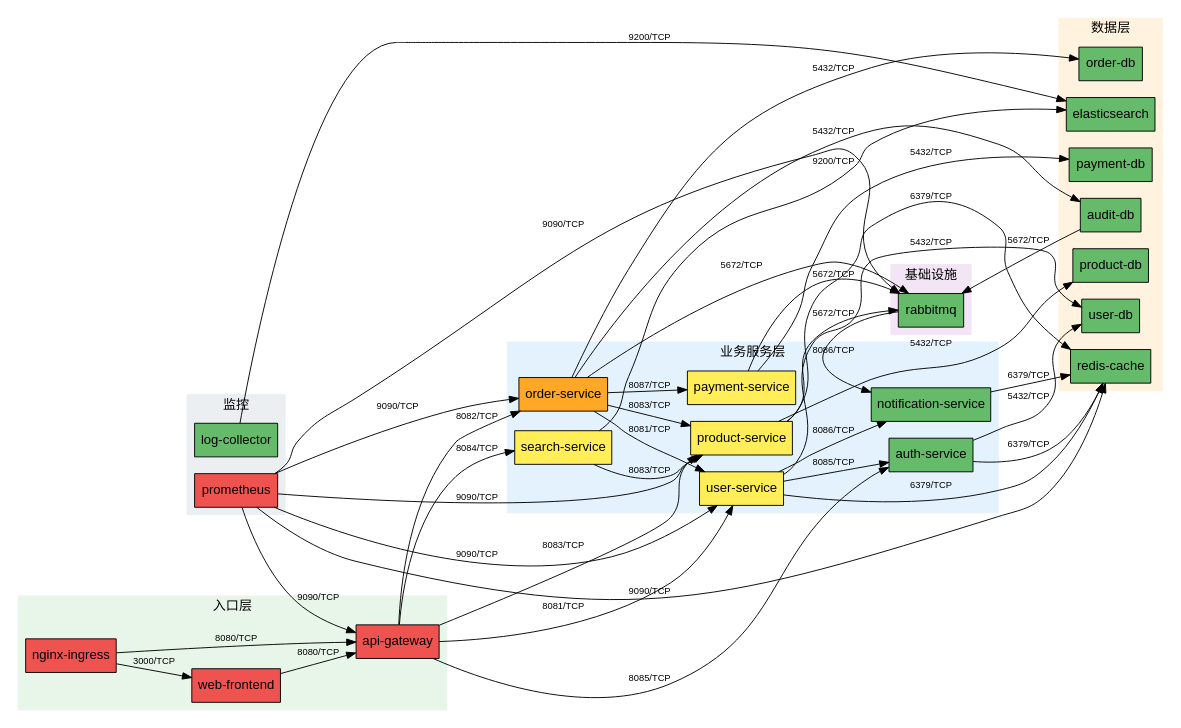
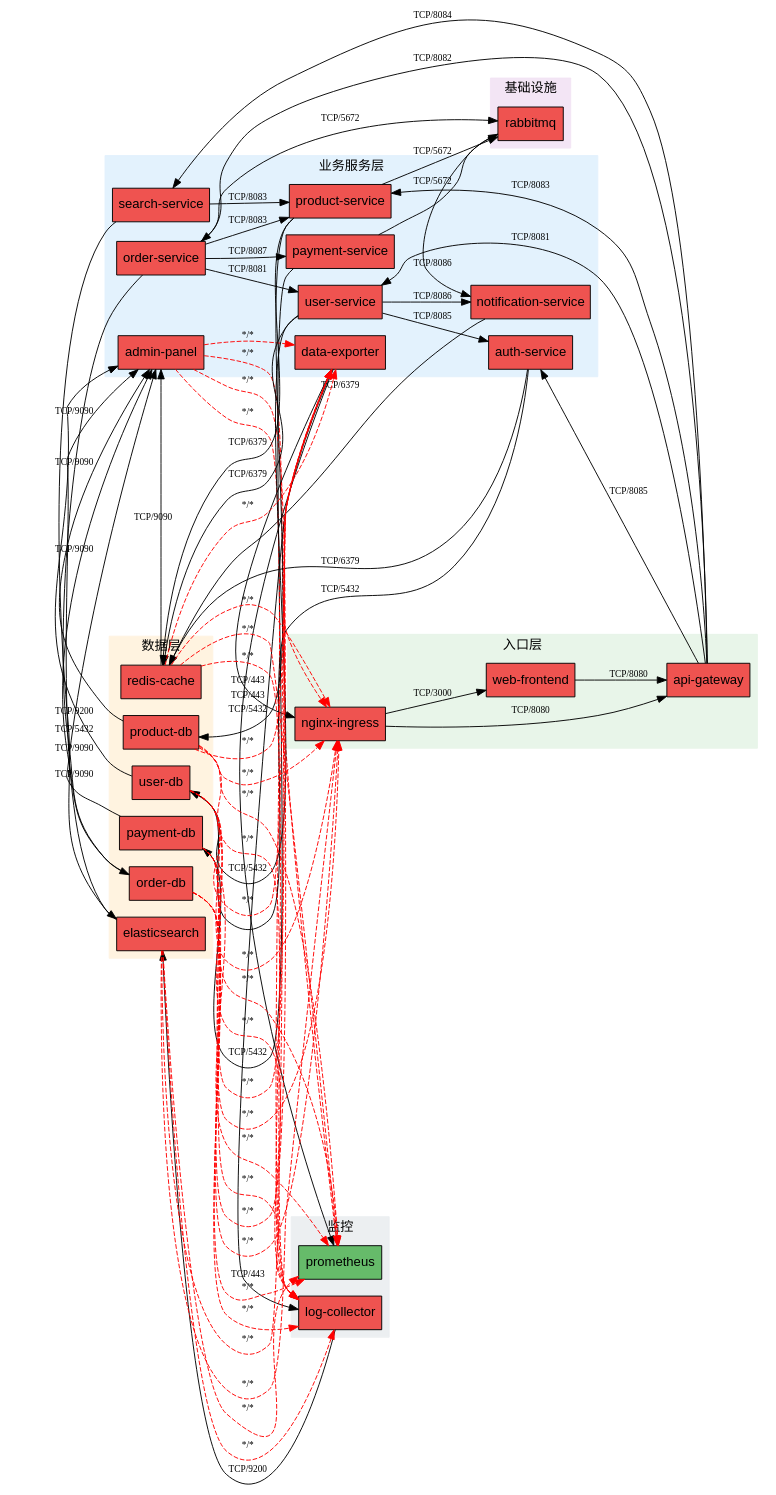
Before and after one commit to Rhyin0/k8s-netpol-analyzer: the diagram in network-topology.dot, drawn with Graphviz. The commit also changed 3 other files, not shown here.

```diff
--- a/network-topology.dot
+++ b/network-topology.dot
@@ -1,93 +1,123 @@
 digraph K8sNetworkPolicy {
   rankdir=LR;
   node [shape=box, style=filled, fontname="Arial"];
-  edge [fontname="Arial", fontsize=10];
+  edge [fontname="Microsoft YaHei", fontsize=10];
 
   subgraph cluster_0 {
-    label="业务服务层";
+    label="基础设施";
     style=filled;
-    color="#E3F2FD";
-    "notification-service" [fillcolor="#66BB6A"];
-    "payment-service" [fillcolor="#FFEE58"];
-    "auth-service" [fillcolor="#66BB6A"];
-    "order-service" [fillcolor="#FFA726"];
-    "product-service" [fillcolor="#FFEE58"];
-    "user-service" [fillcolor="#FFEE58"];
-    "search-service" [fillcolor="#FFEE58"];
+    color="#F3E5F5";
+    "rabbitmq" [fillcolor="#EF5350"];
   }
 
   subgraph cluster_1 {
-    label="数据层";
+    label="监控";
     style=filled;
-    color="#FFF3E0";
-    "elasticsearch" [fillcolor="#66BB6A"];
-    "order-db" [fillcolor="#66BB6A"];
-    "payment-db" [fillcolor="#66BB6A"];
-    "audit-db" [fillcolor="#66BB6A"];
-    "redis-cache" [fillcolor="#66BB6A"];
-    "product-db" [fillcolor="#66BB6A"];
-    "user-db" [fillcolor="#66BB6A"];
+    color="#ECEFF1";
+    "log-collector" [fillcolor="#EF5350"];
+    "prometheus" [fillcolor="#66BB6A"];
   }
 
   subgraph cluster_2 {
-    label="基础设施";
-    style=filled;
-    color="#F3E5F5";
-    "rabbitmq" [fillcolor="#66BB6A"];
-  }
-
-  subgraph cluster_3 {
-    label="监控";
-    style=filled;
-    color="#ECEFF1";
-    "log-collector" [fillcolor="#66BB6A"];
-    "prometheus" [fillcolor="#EF5350"];
-  }
-
-  subgraph cluster_4 {
     label="入口层";
     style=filled;
     color="#E8F5E9";
     "nginx-ingress" [fillcolor="#EF5350"];
+    "web-frontend" [fillcolor="#EF5350"];
     "api-gateway" [fillcolor="#EF5350"];
-    "web-frontend" [fillcolor="#EF5350"];
   }
 
-  "nginx-ingress" -> "web-frontend" [label="3000/TCP"];
-  "nginx-ingress" -> "api-gateway" [label="8080/TCP"];
-  "web-frontend" -> "api-gateway" [label="8080/TCP"];
-  "api-gateway" -> "user-service" [label="8081/TCP"];
-  "api-gateway" -> "order-service" [label="8082/TCP"];
-  "api-gateway" -> "product-service" [label="8083/TCP"];
-  "api-gateway" -> "search-service" [label="8084/TCP"];
-  "api-gateway" -> "auth-service" [label="8085/TCP"];
-  "user-service" -> "auth-service" [label="8085/TCP"];
-  "auth-service" -> "redis-cache" [label="6379/TCP"];
-  "auth-service" -> "user-db" [label="5432/TCP"];
-  "order-service" -> "user-service" [label="8081/TCP"];
-  "user-service" -> "user-db" [label="5432/TCP"];
-  "user-service" -> "redis-cache" [label="6379/TCP"];
-  "user-service" -> "notification-service" [label="8086/TCP"];
-  "order-service" -> "order-db" [label="5432/TCP"];
-  "order-service" -> "product-service" [label="8083/TCP"];
-  "order-service" -> "payment-service" [label="8087/TCP"];
-  "order-service" -> "rabbitmq" [label="5672/TCP"];
-  "search-service" -> "product-service" [label="8083/TCP"];
-  "product-service" -> "product-db" [label="5432/TCP"];
-  "product-service" -> "redis-cache" [label="6379/TCP"];
-  "product-service" -> "rabbitmq" [label="5672/TCP"];
-  "search-service" -> "elasticsearch" [label="9200/TCP"];
-  "payment-service" -> "payment-db" [label="5432/TCP"];
-  "payment-service" -> "rabbitmq" [label="5672/TCP"];
-  "rabbitmq" -> "notification-service" [label="8086/TCP"];
-  "notification-service" -> "redis-cache" [label="6379/TCP"];
-  "log-collector" -> "elasticsearch" [label="9200/TCP"];
-  "prometheus" -> "api-gateway" [label="9090/TCP"];
-  "prometheus" -> "user-service" [label="9090/TCP"];
-  "prometheus" -> "order-service" [label="9090/TCP"];
-  "prometheus" -> "product-service" [label="9090/TCP"];
-  "prometheus" -> "rabbitmq" [label="9090/TCP"];
-  "prometheus" -> "redis-cache" [label="9090/TCP"];
-  "order-service" -> "audit-db" [label="5432/TCP"];
-  "audit-db" -> "rabbitmq" [label="5672/TCP"];
+  subgraph cluster_3 {
+    label="业务服务层";
+    style=filled;
+    color="#E3F2FD";
+    "payment-service" [fillcolor="#EF5350"];
+    "admin-panel" [fillcolor="#EF5350"];
+    "data-exporter" [fillcolor="#EF5350"];
+    "order-service" [fillcolor="#EF5350"];
+    "auth-service" [fillcolor="#EF5350"];
+    "product-service" [fillcolor="#EF5350"];
+    "user-service" [fillcolor="#EF5350"];
+    "notification-service" [fillcolor="#EF5350"];
+    "search-service" [fillcolor="#EF5350"];
+  }
+
+  subgraph cluster_4 {
+    label="数据层";
+    style=filled;
+    color="#FFF3E0";
+    "redis-cache" [fillcolor="#EF5350"];
+    "user-db" [fillcolor="#EF5350"];
+    "payment-db" [fillcolor="#EF5350"];
+    "elasticsearch" [fillcolor="#EF5350"];
+    "order-db" [fillcolor="#EF5350"];
+    "product-db" [fillcolor="#EF5350"];
+  }
+
+  "admin-panel" -> "data-exporter" [label="*/*", style=dashed, color=red];
+  "admin-panel" -> "log-collector" [label="*/*", style=dashed, color=red];
+  "admin-panel" -> "nginx-ingress" [label="*/*", style=dashed, color=red];
+  "admin-panel" -> "prometheus" [label="*/*", style=dashed, color=red];
+  "api-gateway" -> "auth-service" [label="TCP/8085"];
+  "api-gateway" -> "order-service" [label="TCP/8082"];
+  "api-gateway" -> "product-service" [label="TCP/8083"];
+  "api-gateway" -> "search-service" [label="TCP/8084"];
+  "api-gateway" -> "user-service" [label="TCP/8081"];
+  "auth-service" -> "redis-cache" [label="TCP/6379"];
+  "auth-service" -> "user-db" [label="TCP/5432"];
+  "data-exporter" -> "log-collector" [label="TCP/443"];
+  "data-exporter" -> "nginx-ingress" [label="TCP/443"];
+  "data-exporter" -> "prometheus" [label="TCP/443"];
+  "elasticsearch" -> "admin-panel" [label="TCP/9090"];
+  "elasticsearch" -> "data-exporter" [label="*/*", style=dashed, color=red];
+  "elasticsearch" -> "log-collector" [label="*/*", style=dashed, color=red];
+  "elasticsearch" -> "nginx-ingress" [label="*/*", style=dashed, color=red];
+  "elasticsearch" -> "prometheus" [label="*/*", style=dashed, color=red];
+  "log-collector" -> "elasticsearch" [label="TCP/9200"];
+  "nginx-ingress" -> "api-gateway" [label="TCP/8080"];
+  "nginx-ingress" -> "web-frontend" [label="TCP/3000"];
+  "notification-service" -> "redis-cache" [label="TCP/6379"];
+  "order-db" -> "admin-panel" [label="TCP/9090"];
+  "order-db" -> "data-exporter" [label="*/*", style=dashed, color=red];
+  "order-db" -> "log-collector" [label="*/*", style=dashed, color=red];
+  "order-db" -> "nginx-ingress" [label="*/*", style=dashed, color=red];
+  "order-db" -> "prometheus" [label="*/*", style=dashed, color=red];
+  "order-service" -> "order-db" [label="TCP/5432"];
+  "order-service" -> "payment-service" [label="TCP/8087"];
+  "order-service" -> "product-service" [label="TCP/8083"];
+  "order-service" -> "rabbitmq" [label="TCP/5672"];
+  "order-service" -> "user-service" [label="TCP/8081"];
+  "payment-db" -> "admin-panel" [label="TCP/9090"];
+  "payment-db" -> "data-exporter" [label="*/*", style=dashed, color=red];
+  "payment-db" -> "log-collector" [label="*/*", style=dashed, color=red];
+  "payment-db" -> "nginx-ingress" [label="*/*", style=dashed, color=red];
+  "payment-db" -> "prometheus" [label="*/*", style=dashed, color=red];
+  "payment-service" -> "payment-db" [label="TCP/5432"];
+  "payment-service" -> "rabbitmq" [label="TCP/5672"];
+  "product-db" -> "admin-panel" [label="TCP/9090"];
+  "product-db" -> "data-exporter" [label="*/*", style=dashed, color=red];
+  "product-db" -> "log-collector" [label="*/*", style=dashed, color=red];
+  "product-db" -> "nginx-ingress" [label="*/*", style=dashed, color=red];
+  "product-db" -> "prometheus" [label="*/*", style=dashed, color=red];
+  "product-service" -> "product-db" [label="TCP/5432"];
+  "product-service" -> "rabbitmq" [label="TCP/5672"];
+  "product-service" -> "redis-cache" [label="TCP/6379"];
+  "rabbitmq" -> "notification-service" [label="TCP/8086"];
+  "redis-cache" -> "admin-panel" [label="TCP/9090"];
+  "redis-cache" -> "data-exporter" [label="*/*", style=dashed, color=red];
+  "redis-cache" -> "log-collector" [label="*/*", style=dashed, color=red];
+  "redis-cache" -> "nginx-ingress" [label="*/*", style=dashed, color=red];
+  "redis-cache" -> "prometheus" [label="*/*", style=dashed, color=red];
+  "search-service" -> "elasticsearch" [label="TCP/9200"];
+  "search-service" -> "product-service" [label="TCP/8083"];
+  "user-db" -> "admin-panel" [label="TCP/9090"];
+  "user-db" -> "data-exporter" [label="*/*", style=dashed, color=red];
+  "user-db" -> "log-collector" [label="*/*", style=dashed, color=red];
+  "user-db" -> "nginx-ingress" [label="*/*", style=dashed, color=red];
+  "user-db" -> "prometheus" [label="*/*", style=dashed, color=red];
+  "user-service" -> "auth-service" [label="TCP/8085"];
+  "user-service" -> "notification-service" [label="TCP/8086"];
+  "user-service" -> "redis-cache" [label="TCP/6379"];
+  "user-service" -> "user-db" [label="TCP/5432"];
+  "web-frontend" -> "api-gateway" [label="TCP/8080"];
 }
```
